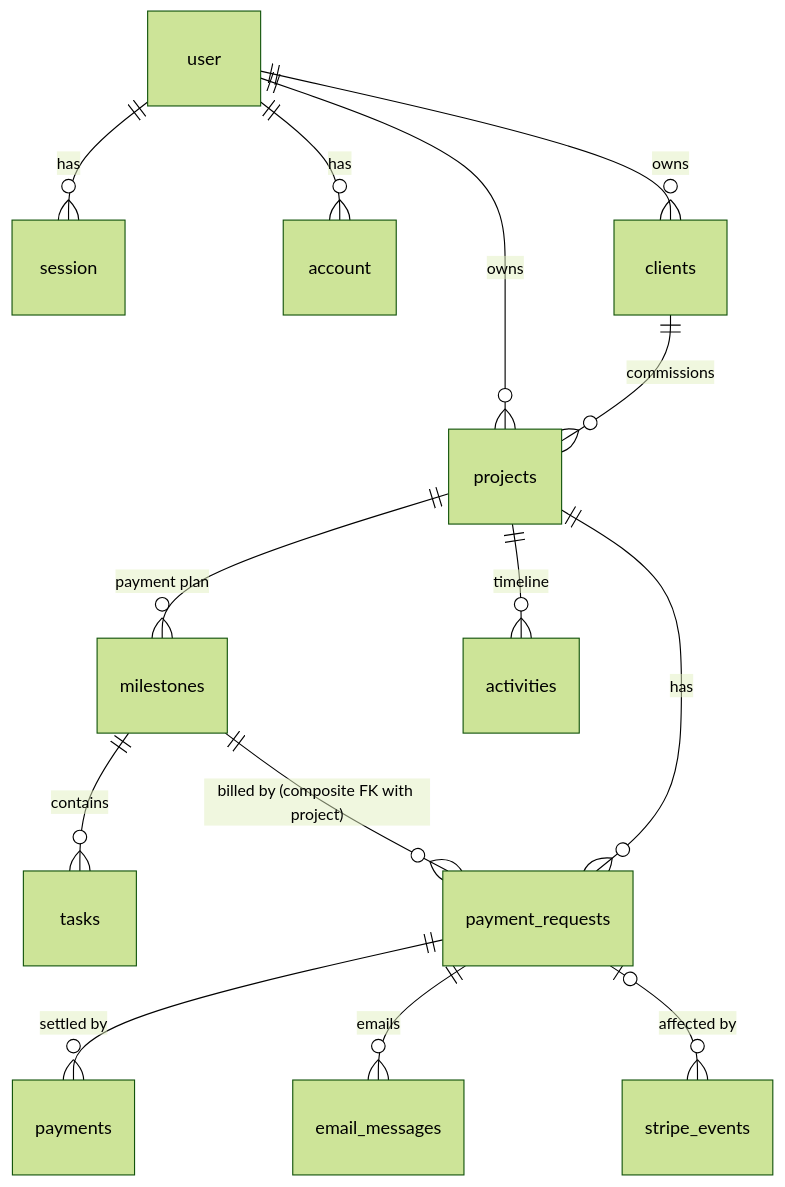
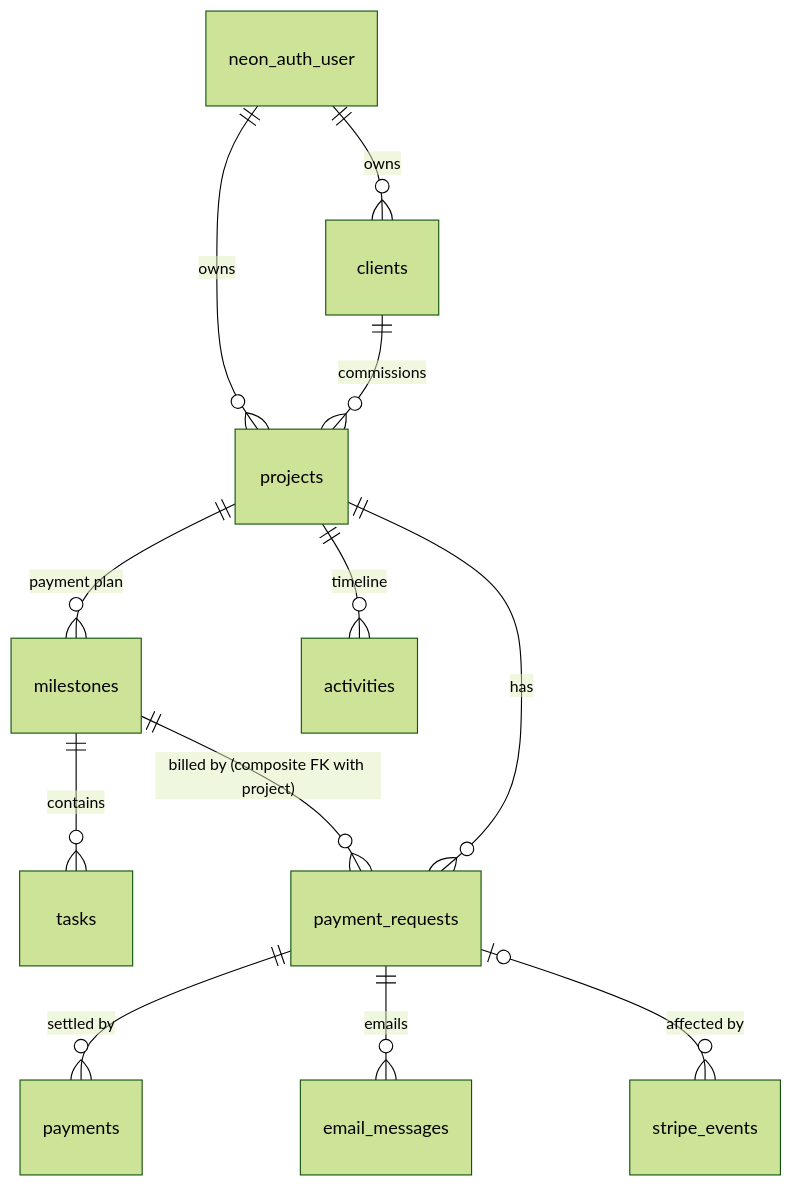
One commit to MohamedHNoor/freelancing-portfolio changed the diagram in blueprint/dashboard-architecture.md. Above: the diagram before and after it, drawn with Mermaid (forest theme). The commit also changed other lines of this file and 238 other files, not shown here.

First line of the commit message:
fix: replace Drizzle with Prisma and adopt Neon Managed Better Auth

````diff
--- a/blueprint/dashboard-architecture.md
+++ b/blueprint/dashboard-architecture.md
@@ -86,16 +86,14 @@
 ```mermaid
 erDiagram
-  user ||--o{ session : has
-  user ||--o{ account : has
-  user ||--o{ clients : owns
-  user ||--o{ projects : owns
+  neon_auth_user ||--o{ clients : owns
+  neon_auth_user ||--o{ projects : owns
   clients ||--o{ projects : commissions
   projects ||--o{ milestones : "payment plan"
   milestones ||--o{ tasks : contains
   milestones ||--o{ payment_requests : "billed by (composite FK with project)"
   projects ||--o{ payment_requests : has
   payment_requests ||--o{ payments : "settled by"
   projects ||--o{ activities : "timeline"
   payment_requests ||--o{ email_messages : "emails"
   payment_requests |o--o{ stripe_events : "affected by"
 ```
````
